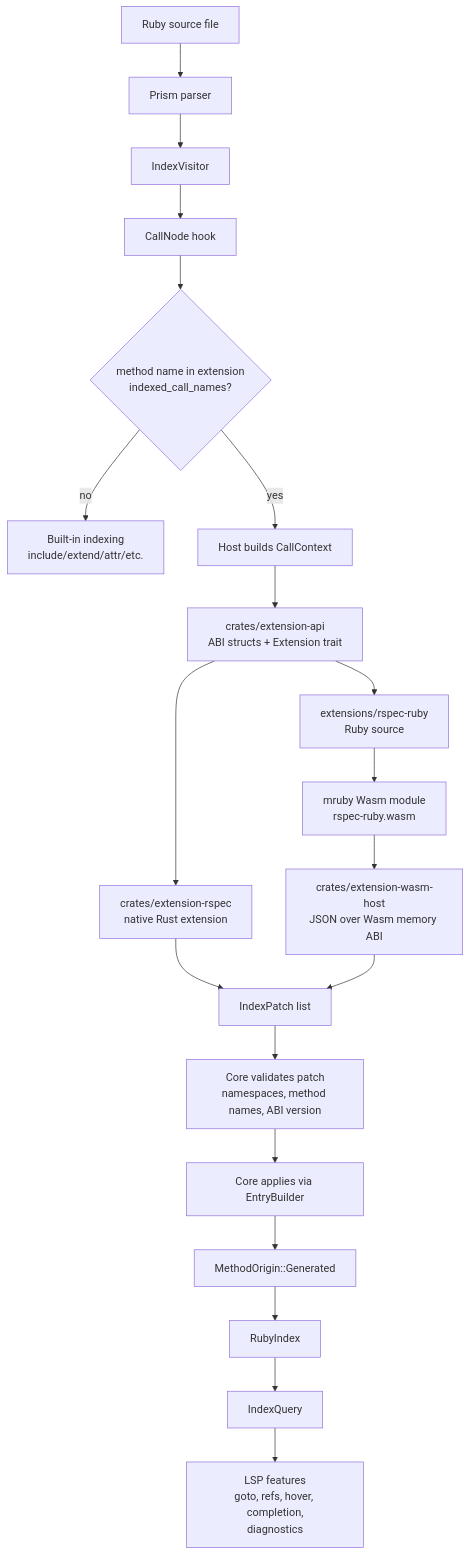
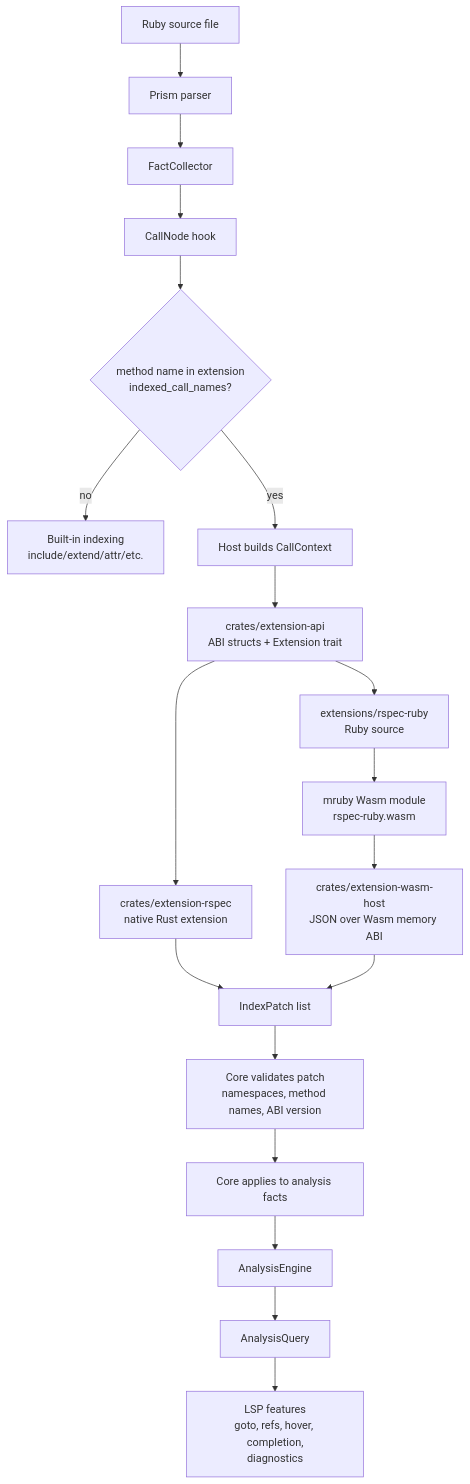
The first of 3 diagrams in extensions/README.md (rajnaveen344/ruby-fast-lsp), drawn with Mermaid before and after one commit. The commit also changed other lines of this file and 146 other files, not shown here.

Commit message:
Refactor LSP around analysis engine facts

````diff
--- a/extensions/README.md
+++ b/extensions/README.md
@@ -6,26 +6,25 @@
 ```mermaid
 flowchart TD
     RubySource[Ruby source file] --> Prism[Prism parser]
-    Prism --> IndexVisitor[IndexVisitor]
-    IndexVisitor --> CallNode[CallNode hook]
+    Prism --> FactCollector[FactCollector]
+    FactCollector --> CallNode[CallNode hook]
 
     CallNode --> Filter{method name in extension\nindexed_call_names?}
     Filter -- no --> Builtins[Built-in indexing\ninclude/extend/attr/etc.]
     Filter -- yes --> HostCtx[Host builds CallContext]
 
     HostCtx --> ExtApi[crates/extension-api\nABI structs + Extension trait]
     ExtApi --> RSpecRust[crates/extension-rspec\nnative Rust extension]
     ExtApi --> RSpecRuby[extensions/rspec-ruby\nRuby source]
     RSpecRuby --> Mruby[mruby Wasm module\nrspec-ruby.wasm]
     Mruby --> WasmHost[crates/extension-wasm-host\nJSON over Wasm memory ABI]
     RSpecRust --> Patches[IndexPatch list]
     WasmHost --> Patches
 
     Patches --> Validate[Core validates patch\nnamespaces, method names, ABI version]
-    Validate --> Apply[Core applies via EntryBuilder]
-    Apply --> Origin[MethodOrigin::Generated]
-    Origin --> RubyIndex[RubyIndex]
+    Validate --> Apply[Core applies to analysis facts]
+    Apply --> Engine[AnalysisEngine]
 
-    RubyIndex --> Query[IndexQuery]
+    Engine --> Query[AnalysisQuery]
     Query --> LspFeatures[LSP features\ngoto, refs, hover, completion,\ndiagnostics]
 ```
````
